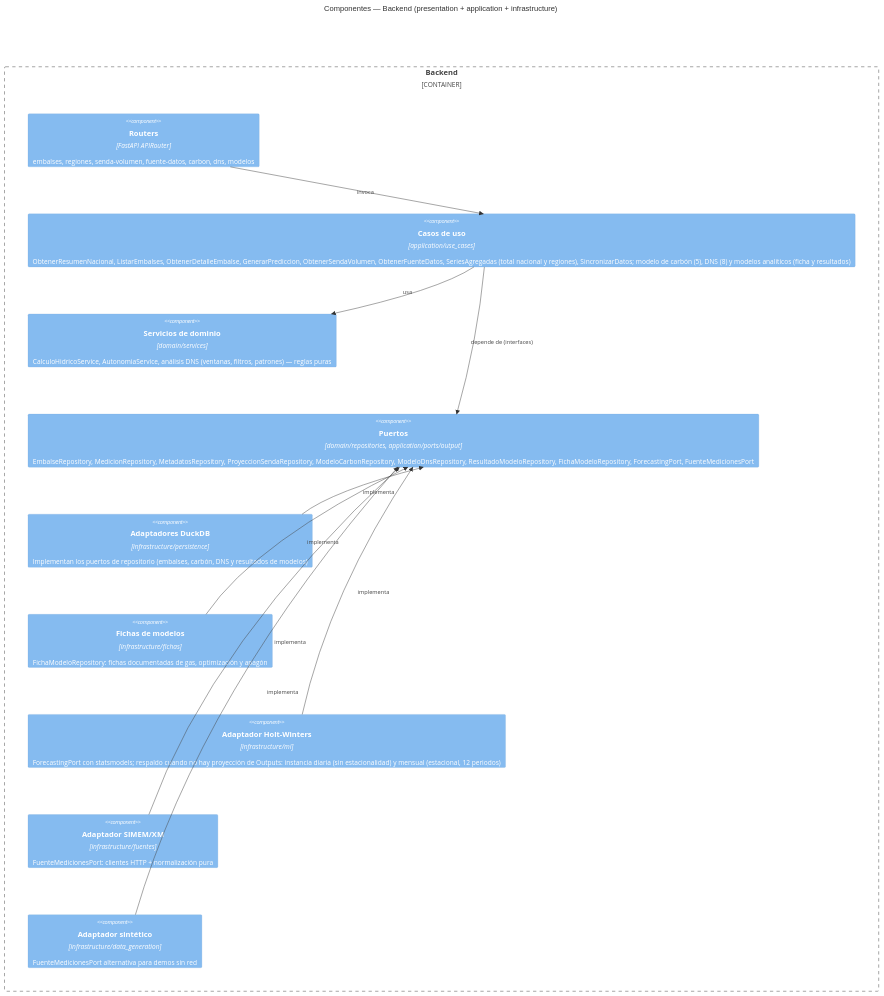
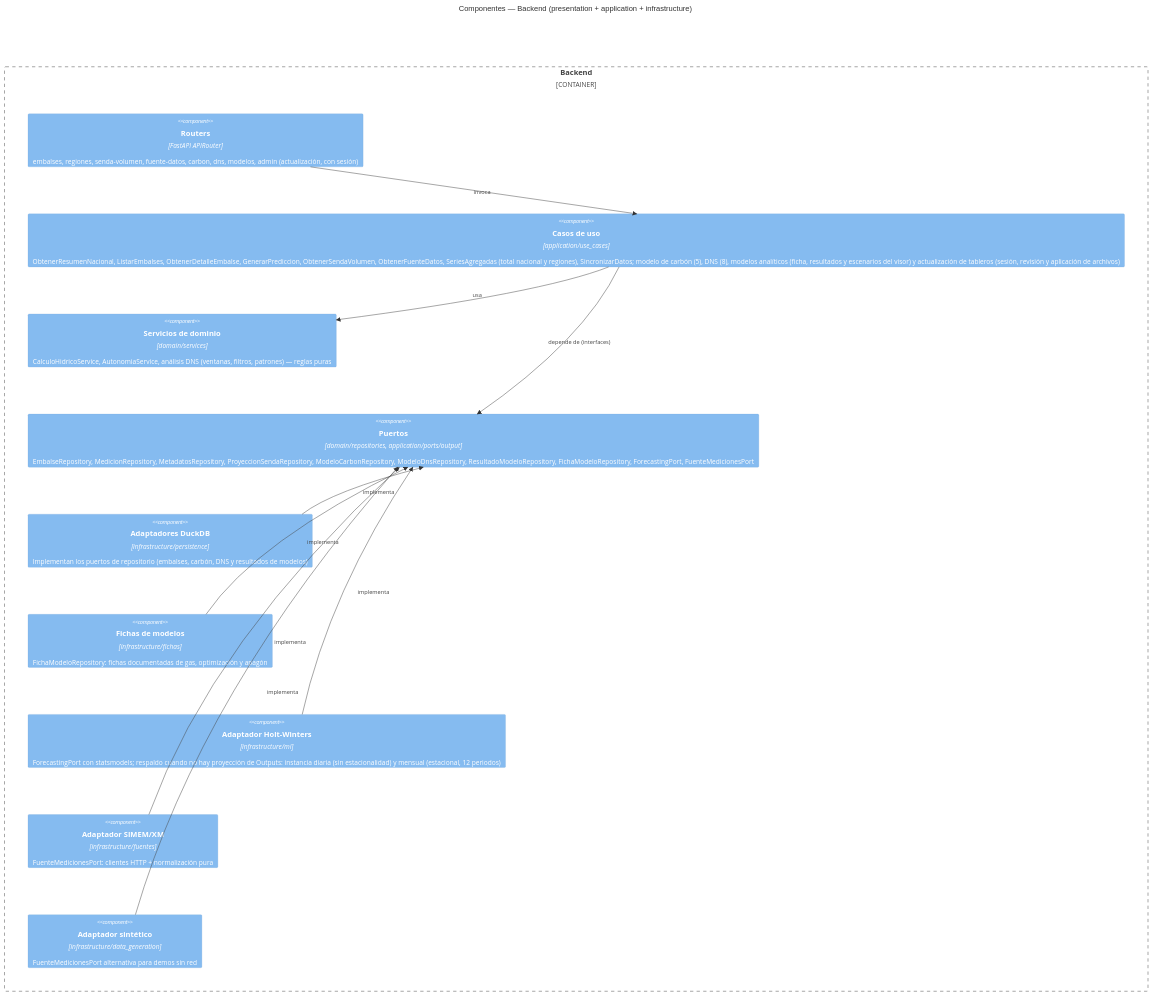
The third of 3 diagrams in README.md (alerogoz85/plataforma-embalses), drawn with Mermaid before and after one commit. The commit also changed other lines of this file, not shown here.

Commit message:
README: estructura y diagrama con el módulo de actualización (#33)

````diff
--- a/README.md
+++ b/README.md
@@ -129,25 +129,25 @@
 ```mermaid
 C4Component
     title Componentes — Backend (presentation + application + infrastructure)
 
     Container_Boundary(api, "Backend") {
-        Component(routers, "Routers", "FastAPI APIRouter", "embalses, regiones, senda-volumen, fuente-datos, carbon, dns, modelos")
-        Component(usecases, "Casos de uso", "application/use_cases", "ObtenerResumenNacional, ListarEmbalses, ObtenerDetalleEmbalse, GenerarPrediccion, ObtenerSendaVolumen, ObtenerFuenteDatos, SeriesAgregadas (total nacional y regiones), SincronizarDatos; modelo de carbón (5), DNS (8) y modelos analíticos (ficha y resultados)")
+        Component(routers, "Routers", "FastAPI APIRouter", "embalses, regiones, senda-volumen, fuente-datos, carbon, dns, modelos, admin (actualización, con sesión)")
+        Component(usecases, "Casos de uso", "application/use_cases", "ObtenerResumenNacional, ListarEmbalses, ObtenerDetalleEmbalse, GenerarPrediccion, ObtenerSendaVolumen, ObtenerFuenteDatos, SeriesAgregadas (total nacional y regiones), SincronizarDatos; modelo de carbón (5), DNS (8), modelos analíticos (ficha, resultados y escenarios del visor) y actualización de tableros (sesión, revisión y aplicación de archivos)")
         Component(domainsvc, "Servicios de dominio", "domain/services", "CalculoHidricoService, AutonomiaService, análisis DNS (ventanas, filtros, patrones) — reglas puras")
         Component(ports, "Puertos", "domain/repositories, application/ports/output", "EmbalseRepository, MedicionRepository, MetadatosRepository, ProyeccionSendaRepository, ModeloCarbonRepository, ModeloDnsRepository, ResultadoModeloRepository, FichaModeloRepository, ForecastingPort, FuenteMedicionesPort")
         Component(duckdbrepo, "Adaptadores DuckDB", "infrastructure/persistence", "Implementan los puertos de repositorio (embalses, carbón, DNS y resultados de modelos)")
         Component(fichas, "Fichas de modelos", "infrastructure/fichas", "FichaModeloRepository: fichas documentadas de gas, optimización y apagón")
         Component(mlservice, "Adaptador Holt-Winters", "infrastructure/ml", "ForecastingPort con statsmodels; respaldo cuando no hay proyección de Outputs: instancia diaria (sin estacionalidad) y mensual (estacional, 12 periodos)")
         Component(fuente, "Adaptador SIMEM/XM", "infrastructure/fuentes", "FuenteMedicionesPort: clientes HTTP + normalización pura")
         Component(sintetica, "Adaptador sintético", "infrastructure/data_generation", "FuenteMedicionesPort alternativa para demos sin red")
     }
 
     Rel(routers, usecases, "invoca")
     Rel(usecases, domainsvc, "usa")
     Rel(usecases, ports, "depende de (interfaces)")
     Rel(duckdbrepo, ports, "implementa")
     Rel(mlservice, ports, "implementa")
     Rel(fuente, ports, "implementa")
     Rel(sintetica, ports, "implementa")
     Rel(fichas, ports, "implementa")
 ```
````
